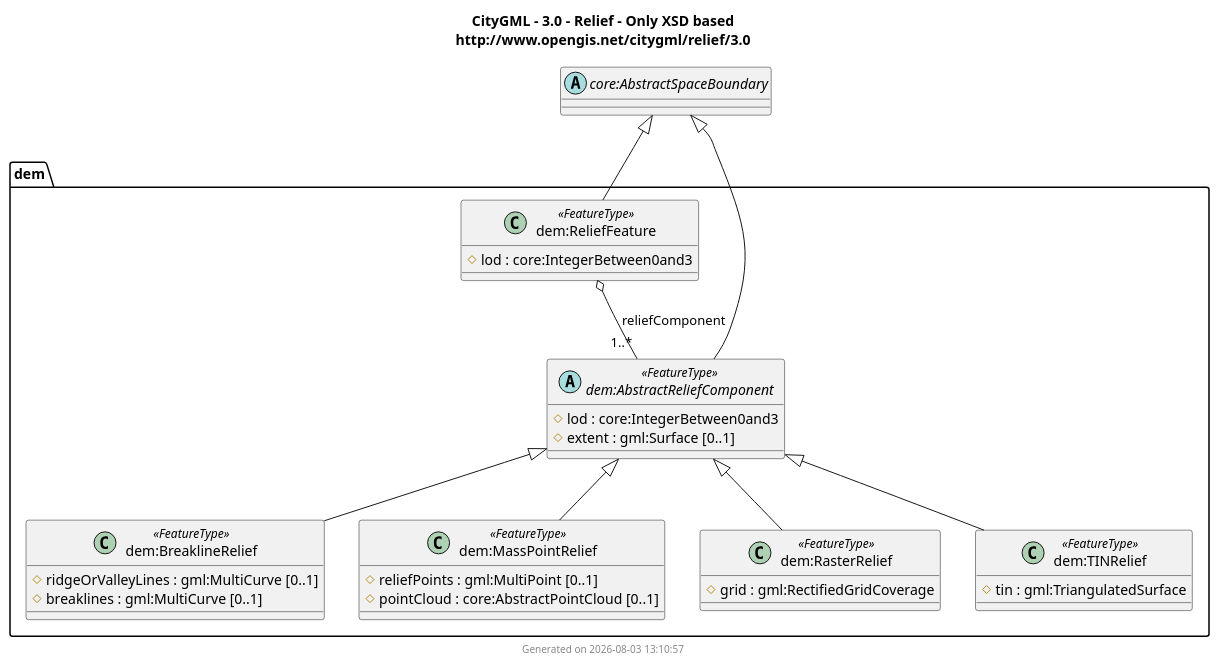
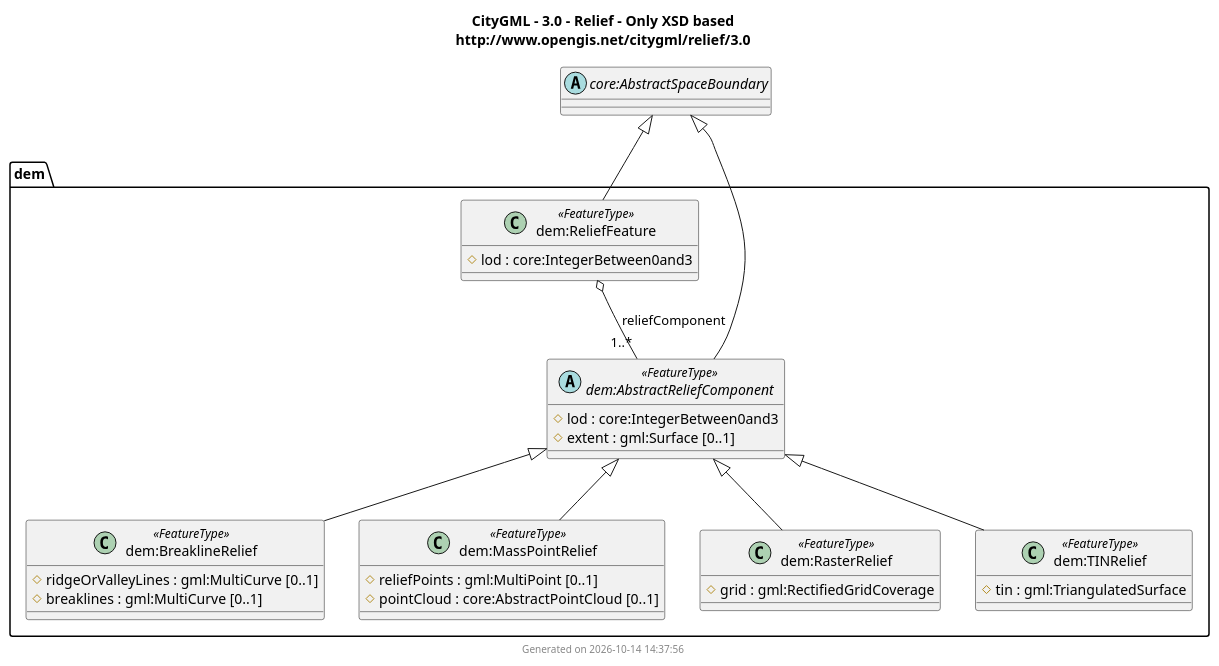
One commit to muratkendir/every-class changed the diagram in docs/output/CityGML/3.0/UMLClassDiagram/relief.puml. Above: the diagram before and after it, drawn with PlantUML. The commit also changed 39 other files, not shown here.

First line of the commit message:
Add xAL 3.0 suite, PlantUML namespace-safe aliases, inlined combined diagrams, and step 10 compilations

```diff
--- a/docs/output/CityGML/3.0/UMLClassDiagram/relief.puml
+++ b/docs/output/CityGML/3.0/UMLClassDiagram/relief.puml
@@ -1,110 +1,110 @@
 @startuml
 title
   CityGML - 3.0 - Relief - Only XSD based
   http://www.opengis.net/citygml/relief/3.0
 end title
 
 package dem {
-abstract class "dem:ADEOfAbstractReliefComponent" $adeOf
-class "dem:ADEOfAbstractReliefComponentProperty" $property $adeOf {
+abstract class "dem:ADEOfAbstractReliefComponent" as dem_ADEOfAbstractReliefComponent $adeOf
+class "dem:ADEOfAbstractReliefComponentProperty" as dem_ADEOfAbstractReliefComponentProperty $property $adeOf {
   ADEOfAbstractReliefComponent : dem:ADEOfAbstractReliefComponent
 }
-abstract class "dem:ADEOfBreaklineRelief" $adeOf
-class "dem:ADEOfBreaklineReliefProperty" $property $adeOf {
+abstract class "dem:ADEOfBreaklineRelief" as dem_ADEOfBreaklineRelief $adeOf
+class "dem:ADEOfBreaklineReliefProperty" as dem_ADEOfBreaklineReliefProperty $property $adeOf {
   ADEOfBreaklineRelief : dem:ADEOfBreaklineRelief
 }
-abstract class "dem:ADEOfMassPointRelief" $adeOf
-class "dem:ADEOfMassPointReliefProperty" $property $adeOf {
+abstract class "dem:ADEOfMassPointRelief" as dem_ADEOfMassPointRelief $adeOf
+class "dem:ADEOfMassPointReliefProperty" as dem_ADEOfMassPointReliefProperty $property $adeOf {
   ADEOfMassPointRelief : dem:ADEOfMassPointRelief
 }
-abstract class "dem:ADEOfRasterRelief" $adeOf
-class "dem:ADEOfRasterReliefProperty" $property $adeOf {
+abstract class "dem:ADEOfRasterRelief" as dem_ADEOfRasterRelief $adeOf
+class "dem:ADEOfRasterReliefProperty" as dem_ADEOfRasterReliefProperty $property $adeOf {
   ADEOfRasterRelief : dem:ADEOfRasterRelief
 }
-abstract class "dem:ADEOfReliefFeature" $adeOf
-class "dem:ADEOfReliefFeatureProperty" $property $adeOf {
+abstract class "dem:ADEOfReliefFeature" as dem_ADEOfReliefFeature $adeOf
+class "dem:ADEOfReliefFeatureProperty" as dem_ADEOfReliefFeatureProperty $property $adeOf {
   ADEOfReliefFeature : dem:ADEOfReliefFeature
 }
-abstract class "dem:ADEOfTINRelief" $adeOf
-class "dem:ADEOfTINReliefProperty" $property $adeOf {
+abstract class "dem:ADEOfTINRelief" as dem_ADEOfTINRelief $adeOf
+class "dem:ADEOfTINReliefProperty" as dem_ADEOfTINReliefProperty $property $adeOf {
   ADEOfTINRelief : dem:ADEOfTINRelief
 }
-abstract class "dem:AbstractReliefComponent" <<FeatureType>> {
+abstract class "dem:AbstractReliefComponent" as dem_AbstractReliefComponent <<FeatureType>> {
   # lod : core:IntegerBetween0and3
   # extent : gml:Surface [0..1]
   ~ adeOfAbstractReliefComponent : dem:ADEOfAbstractReliefComponent [0..*]
 }
-class "dem:AbstractReliefComponentProperty" $property {
+class "dem:AbstractReliefComponentProperty" as dem_AbstractReliefComponentProperty $property {
   AbstractReliefComponent : dem:AbstractReliefComponent
 }
-class "dem:BreaklineRelief" <<FeatureType>> {
+class "dem:BreaklineRelief" as dem_BreaklineRelief <<FeatureType>> {
   # ridgeOrValleyLines : gml:MultiCurve [0..1]
   # breaklines : gml:MultiCurve [0..1]
   ~ adeOfBreaklineRelief : dem:ADEOfBreaklineRelief [0..*]
 }
-class "dem:BreaklineReliefProperty" $property {
+class "dem:BreaklineReliefProperty" as dem_BreaklineReliefProperty $property {
   BreaklineRelief : dem:BreaklineRelief
 }
-class "dem:MassPointRelief" <<FeatureType>> {
+class "dem:MassPointRelief" as dem_MassPointRelief <<FeatureType>> {
   # reliefPoints : gml:MultiPoint [0..1]
   # pointCloud : core:AbstractPointCloud [0..1]
   ~ adeOfMassPointRelief : dem:ADEOfMassPointRelief [0..*]
 }
-class "dem:MassPointReliefProperty" $property {
+class "dem:MassPointReliefProperty" as dem_MassPointReliefProperty $property {
   MassPointRelief : dem:MassPointRelief
 }
-class "dem:RasterRelief" <<FeatureType>> {
+class "dem:RasterRelief" as dem_RasterRelief <<FeatureType>> {
   # grid : gml:RectifiedGridCoverage
   ~ adeOfRasterRelief : dem:ADEOfRasterRelief [0..*]
 }
-class "dem:RasterReliefProperty" $property {
+class "dem:RasterReliefProperty" as dem_RasterReliefProperty $property {
   RasterRelief : dem:RasterRelief
 }
-class "dem:ReliefFeature" <<FeatureType>> {
+class "dem:ReliefFeature" as dem_ReliefFeature <<FeatureType>> {
   # lod : core:IntegerBetween0and3
   ~ adeOfReliefFeature : dem:ADEOfReliefFeature [0..*]
 }
-class "dem:ReliefFeatureProperty" $property {
+class "dem:ReliefFeatureProperty" as dem_ReliefFeatureProperty $property {
   ReliefFeature : dem:ReliefFeature
 }
-class "dem:TINRelief" <<FeatureType>> {
+class "dem:TINRelief" as dem_TINRelief <<FeatureType>> {
   # tin : gml:TriangulatedSurface
   ~ adeOfTINRelief : dem:ADEOfTINRelief [0..*]
 }
-class "dem:TINReliefProperty" $property {
+class "dem:TINReliefProperty" as dem_TINReliefProperty $property {
   TINRelief : dem:TINRelief
 }
 }
 
 ' External types (unresolved namespaces)
-abstract class "core:AbstractSpaceBoundary"
+abstract class "core:AbstractSpaceBoundary" as core_AbstractSpaceBoundary
 
-"core:AbstractSpaceBoundary" <|-- "dem:AbstractReliefComponent"
-"dem:AbstractReliefComponent" <|-- "dem:BreaklineRelief"
-"dem:AbstractReliefComponent" <|-- "dem:MassPointRelief"
-"dem:AbstractReliefComponent" <|-- "dem:RasterRelief"
-"core:AbstractSpaceBoundary" <|-- "dem:ReliefFeature"
-"dem:AbstractReliefComponent" <|-- "dem:TINRelief"
+"core_AbstractSpaceBoundary" <|-- "dem_AbstractReliefComponent"
+"dem_AbstractReliefComponent" <|-- "dem_BreaklineRelief"
+"dem_AbstractReliefComponent" <|-- "dem_MassPointRelief"
+"dem_AbstractReliefComponent" <|-- "dem_RasterRelief"
+"core_AbstractSpaceBoundary" <|-- "dem_ReliefFeature"
+"dem_AbstractReliefComponent" <|-- "dem_TINRelief"
 
 ' Class relations (promoted from property wrappers)
-"dem:ReliefFeature" o-- "1..*" "dem:AbstractReliefComponent" : reliefComponent
+"dem_ReliefFeature" o-- "1..*" "dem_AbstractReliefComponent" : reliefComponent
 
 ' ADE hook classes are removed from rendering by default;
 ' remove the next line to show them.
 remove $adeOf
 
 ' Property pseudo-classes are removed from rendering by default;
 ' remove the next line to show them.
 remove $property
 
 ' ADE hook attributes are marked as package members (~ ) and
 ' hidden from rendering by default; remove the next line to show them.
 hide package members
 
 ' Attributes with value types from other namespaces are marked as
 ' protected members (# ) and shown by default; uncomment the next
 ' line to hide them.
 ' hide protected members
 
-footer Generated on 2026-08-03 13:10:57
+footer Generated on 2026-10-14 14:37:56
 @enduml
```
